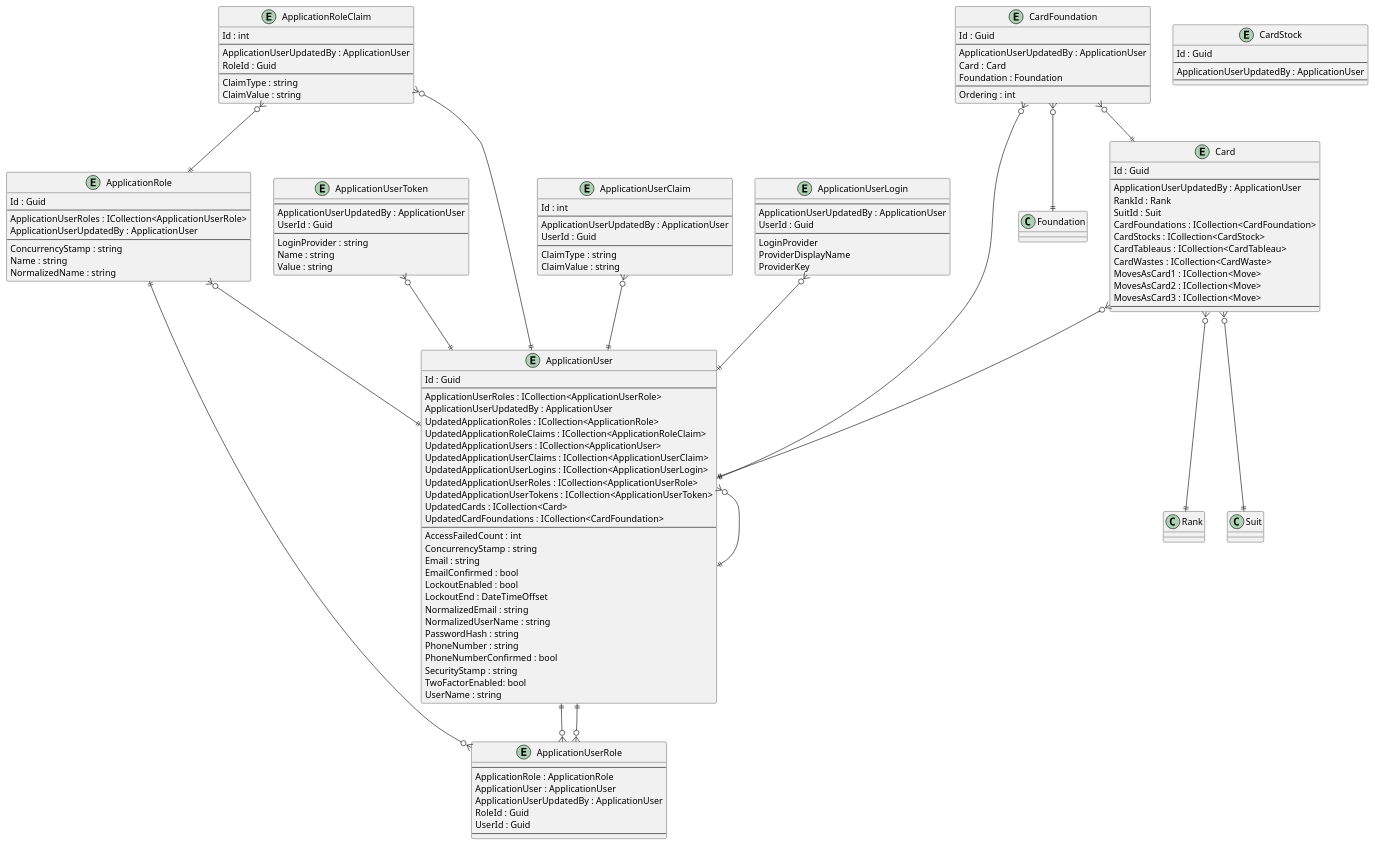
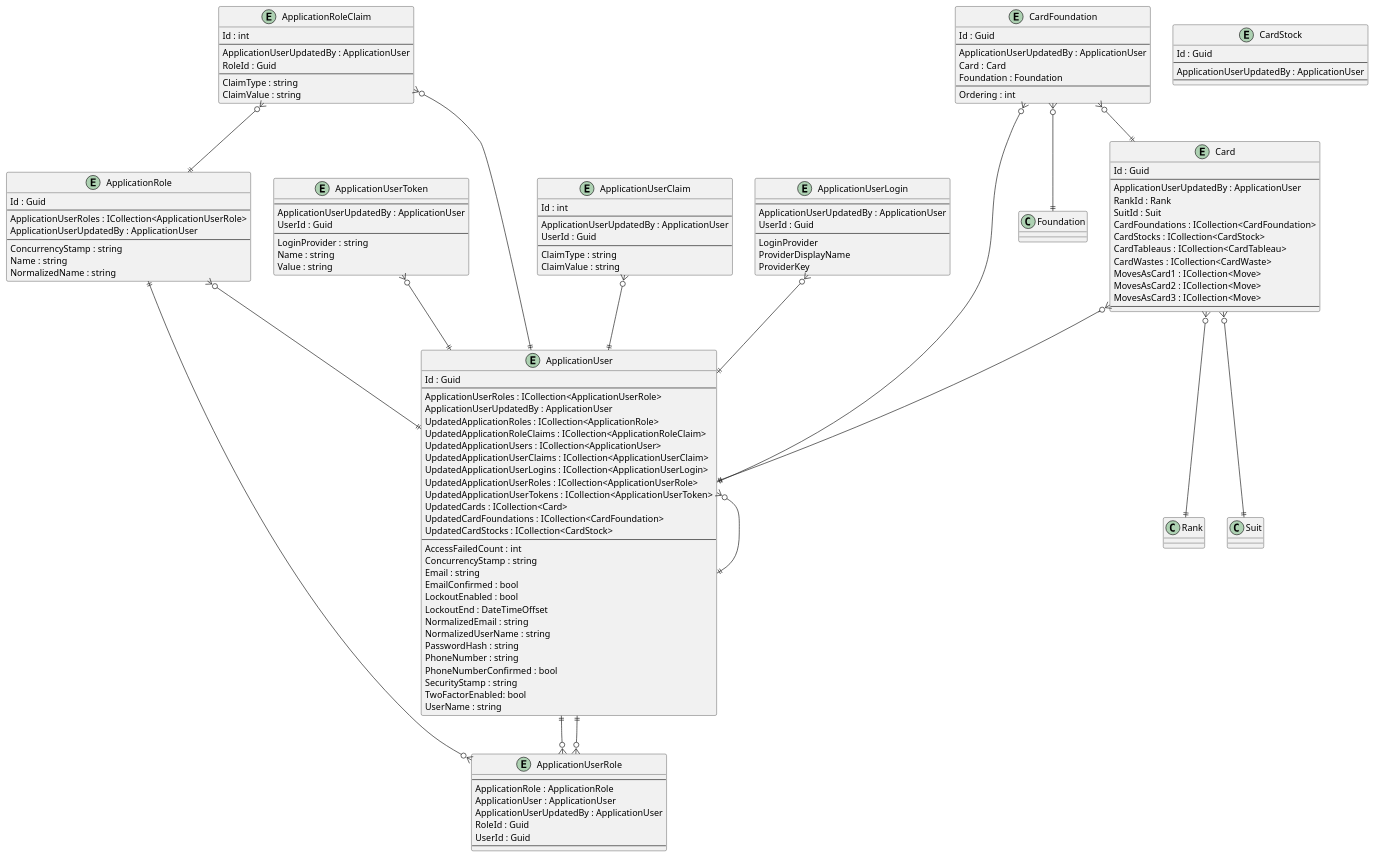
Before and after one commit to intrepion/intrepion_klondike-solitaire_csharp: the diagram in .docs/Intrepion.KlondikeSolitaire.pu, drawn with PlantUML.

```diff
--- a/.docs/Intrepion.KlondikeSolitaire.pu
+++ b/.docs/Intrepion.KlondikeSolitaire.pu
@@ -1,156 +1,157 @@
 @startuml
 
 entity ApplicationRole {
     Id : Guid
     --
     ApplicationUserRoles : ICollection<ApplicationUserRole>
     ApplicationUserUpdatedBy : ApplicationUser
     --
     ConcurrencyStamp : string
     Name : string
     NormalizedName : string
 }
 
 entity ApplicationRoleClaim {
     Id : int
     --
     ApplicationUserUpdatedBy : ApplicationUser
     RoleId : Guid
     --
     ClaimType : string
     ClaimValue : string
 }
 
 entity ApplicationUser {
     Id : Guid
     --
     ApplicationUserRoles : ICollection<ApplicationUserRole>
     ApplicationUserUpdatedBy : ApplicationUser
     UpdatedApplicationRoles : ICollection<ApplicationRole>
     UpdatedApplicationRoleClaims : ICollection<ApplicationRoleClaim>
     UpdatedApplicationUsers : ICollection<ApplicationUser>
     UpdatedApplicationUserClaims : ICollection<ApplicationUserClaim>
     UpdatedApplicationUserLogins : ICollection<ApplicationUserLogin>
     UpdatedApplicationUserRoles : ICollection<ApplicationUserRole>
     UpdatedApplicationUserTokens : ICollection<ApplicationUserToken>
     UpdatedCards : ICollection<Card>
     UpdatedCardFoundations : ICollection<CardFoundation>
+    UpdatedCardStocks : ICollection<CardStock>
     ' ApplicationUserKeyCodePlaceholder
     --
     AccessFailedCount : int
     ConcurrencyStamp : string
     Email : string
     EmailConfirmed : bool
     LockoutEnabled : bool
     LockoutEnd : DateTimeOffset
     NormalizedEmail : string
     NormalizedUserName : string
     PasswordHash : string
     PhoneNumber : string
     PhoneNumberConfirmed : bool
     SecurityStamp : string
     TwoFactorEnabled: bool
     UserName : string
 }
 
 entity ApplicationUserClaim {
     Id : int
     --
     ApplicationUserUpdatedBy : ApplicationUser
     UserId : Guid
     --
     ClaimType : string
     ClaimValue : string
 }
 
 entity ApplicationUserLogin {
     --
     ApplicationUserUpdatedBy : ApplicationUser
     UserId : Guid
     --
     LoginProvider
     ProviderDisplayName
     ProviderKey
 }
 
 entity ApplicationUserRole {
     --
     ApplicationRole : ApplicationRole
     ApplicationUser : ApplicationUser
     ApplicationUserUpdatedBy : ApplicationUser
     RoleId : Guid
     UserId : Guid
     --
 }
 
 entity ApplicationUserToken {
     --
     ApplicationUserUpdatedBy : ApplicationUser
     UserId : Guid
     --
     LoginProvider : string
     Name : string
     Value : string
 }
 
 entity Card {
     Id : Guid
     --
     ApplicationUserUpdatedBy : ApplicationUser
     RankId : Rank
     SuitId : Suit
     CardFoundations : ICollection<CardFoundation>
     CardStocks : ICollection<CardStock>
     CardTableaus : ICollection<CardTableau>
     CardWastes : ICollection<CardWaste>
     MovesAsCard1 : ICollection<Move>
     MovesAsCard2 : ICollection<Move>
     MovesAsCard3 : ICollection<Move>
     ' CardKeyCodePlaceholder
     --
     ' CardPropertyCodePlaceholder
 }
 
 entity CardFoundation {
     Id : Guid
     --
     ApplicationUserUpdatedBy : ApplicationUser
     Card : Card
     Foundation : Foundation
     ' CardFoundationKeyCodePlaceholder
     --
     Ordering : int
     ' CardFoundationPropertyCodePlaceholder
 }
 
 entity CardStock {
     Id : Guid
     --
     ApplicationUserUpdatedBy : ApplicationUser
     ' CardStockKeyCodePlaceholder
     --
     ' CardStockPropertyCodePlaceholder
 }
 
 ' EntityCodePlaceholder
 
 ApplicationRole ||--o{ ApplicationUserRole
 ApplicationRole }o--|| ApplicationUser
 ApplicationRoleClaim }o--|| ApplicationRole
 ApplicationRoleClaim }o--|| ApplicationUser
 ApplicationUser }o--|| ApplicationUser
 ApplicationUser ||--o{ ApplicationUserRole
 ApplicationUserClaim }o--|| ApplicationUser
 ApplicationUserLogin }o--|| ApplicationUser
 ApplicationUserRole }o--|| ApplicationUser
 ApplicationUserToken }o--|| ApplicationUser
 
 Card }o--|| ApplicationUser
 Card }o--|| Rank
 Card }o--|| Suit
 CardFoundation }o--|| ApplicationUser
 CardFoundation }o--|| Card
 CardFoundation }o--|| Foundation
 ' RelationshipCodePlaceholder
 
 @enduml
```
